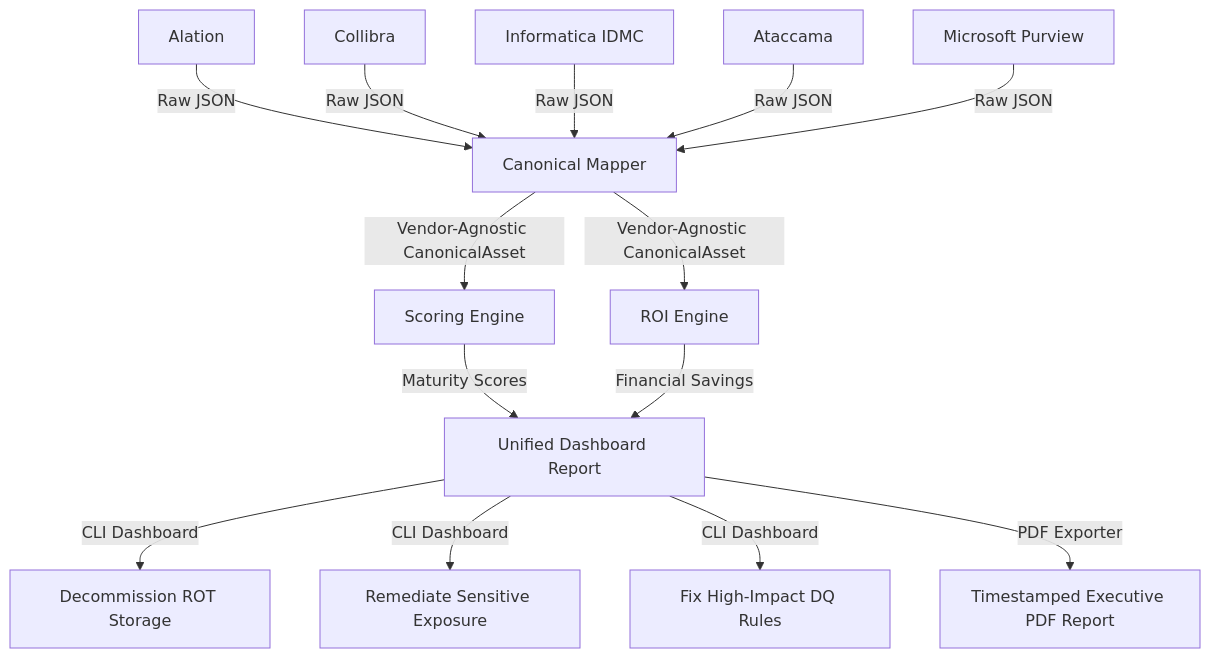
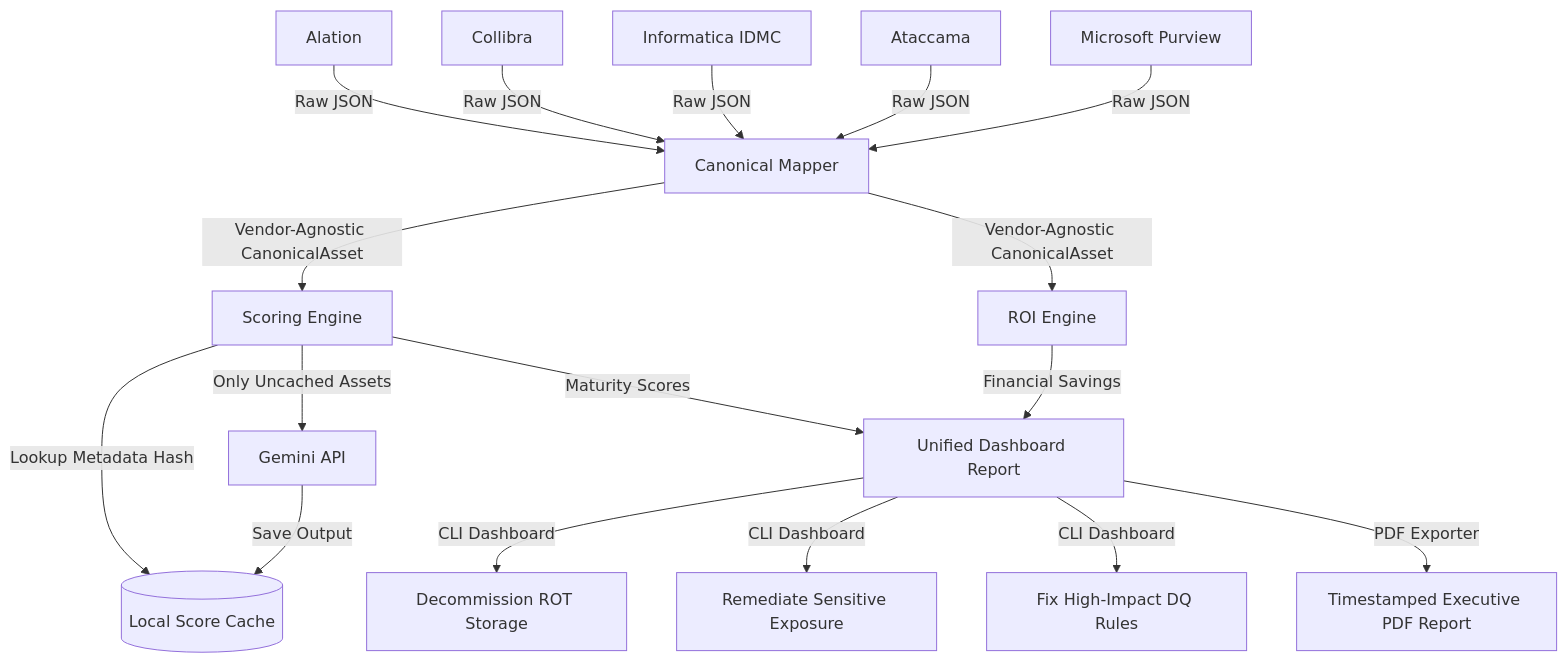
Before and after one commit to yashbhagde/AI-powered-DG-ROI-Optimization-Accelerator: the diagram in README.md, drawn with Mermaid. The commit also changed other lines of this file and 1 other file, not shown here.

Commit message:
Optimize PDF layout robustness, implement dynamic name resolution, and update architectural documentation

````diff
--- a/README.md
+++ b/README.md
@@ -16,19 +16,23 @@
 ```mermaid
 graph TD
     A[Alation] -->|Raw JSON| F[Canonical Mapper]
     B[Collibra] -->|Raw JSON| F
     C[Informatica IDMC] -->|Raw JSON| F
     D[Ataccama] -->|Raw JSON| F
     E[Microsoft Purview] -->|Raw JSON| F
     
     F -->|Vendor-Agnostic CanonicalAsset| G[Scoring Engine]
     F -->|Vendor-Agnostic CanonicalAsset| H[ROI Engine]
     
+    G -->|Lookup Metadata Hash| Cache[(Local Score Cache)]
+    G -->|Only Uncached Assets| Gemini[Gemini API]
+    Gemini -->|Save Output| Cache
+    
     G -->|Maturity Scores| I[Unified Dashboard Report]
     H -->|Financial Savings| I
     
     I -->|CLI Dashboard| J[Decommission ROT Storage]
     I -->|CLI Dashboard| K[Remediate Sensitive Exposure]
     I -->|CLI Dashboard| L[Fix High-Impact DQ Rules]
     I -->|PDF Exporter| M[Timestamped Executive PDF Report]
 ```
````
